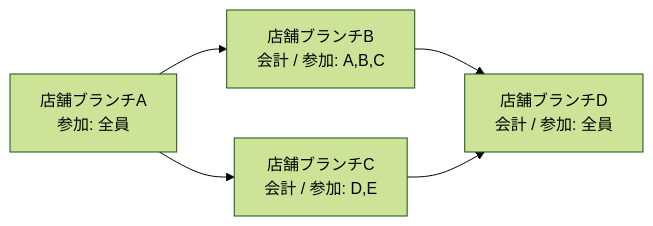
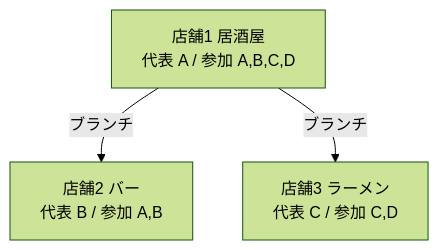
One commit to katsudon08/kanjo-kun changed the second of 4 diagrams in docs/domain.md. Above: the diagram before and after it, drawn with Mermaid (forest theme). The commit also changed other lines of this file and 1 other file, not shown here.

````diff
--- a/docs/domain.md
+++ b/docs/domain.md
@@ -99,7 +68,8 @@
 ```mermaid
-graph LR
-    A["店舗ブランチA<br/>参加: 全員"] --> B["店舗ブランチB<br/>会計 / 参加: A,B,C"]
-    A --> C["店舗ブランチC<br/>会計 / 参加: D,E"]
-    B --> D["店舗ブランチD<br/>会計 / 参加: 全員"]
-    C --> D
+graph TD
+    S1["店舗1 居酒屋<br/>代表 A / 参加 A,B,C,D"]
+    S2["店舗2 バー<br/>代表 B / 参加 A,B"]
+    S3["店舗3 ラーメン<br/>代表 C / 参加 C,D"]
+    S1 -->|ブランチ| S2
+    S1 -->|ブランチ| S3
 ```
````
